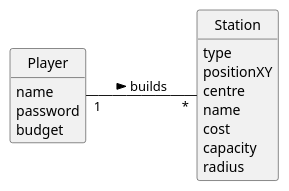
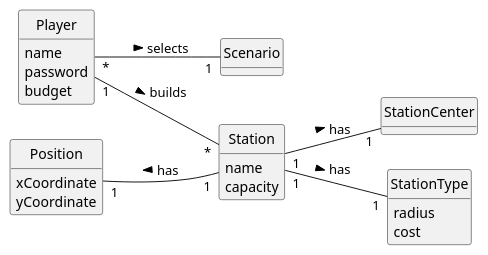
Before and after one commit to 1240935/pi2-railway-simulator: the diagram in Sprint2/US005/02.analysis/puml/US005-DM.puml, drawn with PlantUML. The commit also changed 19 other files, not shown here.

```diff
--- a/Sprint2/US005/02.analysis/puml/US005-DM.puml
+++ b/Sprint2/US005/02.analysis/puml/US005-DM.puml
@@ -1,32 +1,47 @@
 @startuml
 skinparam monochrome true
 skinparam packageStyle rectangle
 skinparam shadowing false
 'skinparam linetype ortho
 'left to right direction
 skinparam classAttributeIconSize 0
 hide circle
 hide methods
 
 left to right direction
 
 class Player {
     name
     password
     budget
 }
 
+class Station {
+    name
+    capacity
+}
 
-class Station {
-    type
-    positionXY
-    centre
-    name
+class StationCenter{
+}
+
+class StationType{
+    radius
     cost
-    capacity
-    radius
+}
+
+class Position{
+    xCoordinate
+    yCoordinate
+}
+
+class Scenario {
 }
 
 
+Station "1" -- "1" StationType: has >
+Station "1" -- "1" StationCenter: has >
 Player "1" -- "*" Station: builds >
+Player "*" -- "1" Scenario : selects >
+Position "1" -- "1" Station: has <
+
 @enduml
```
